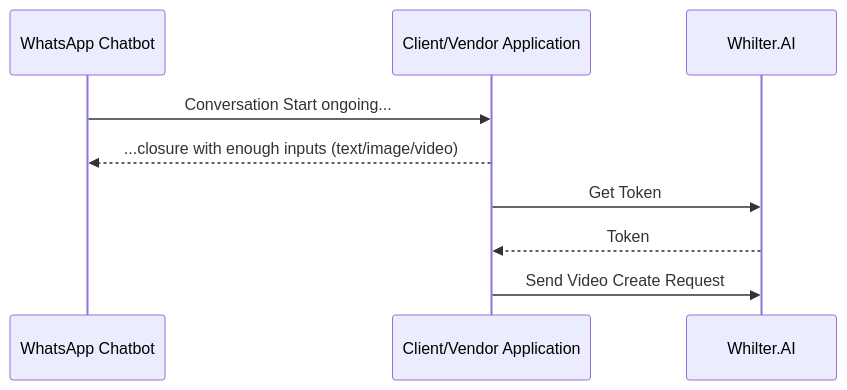
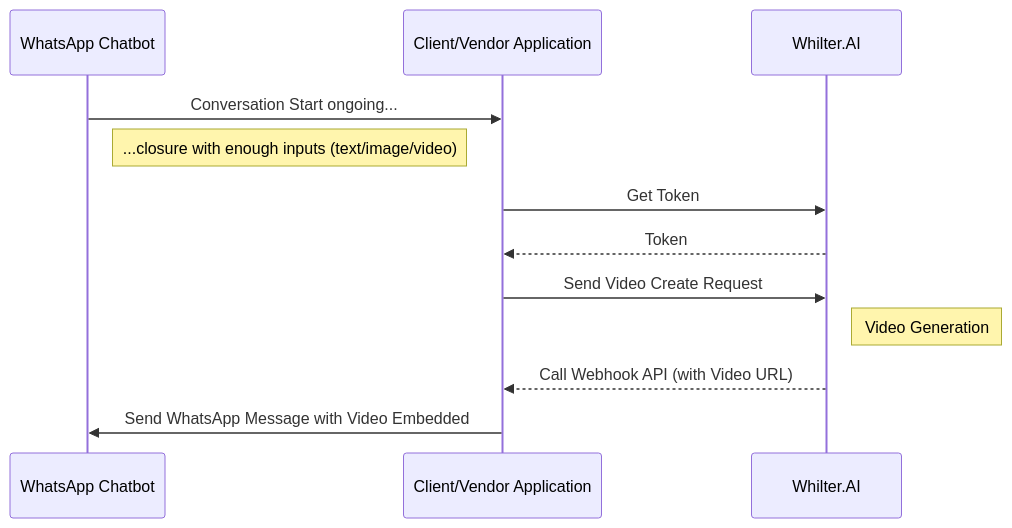
One commit to whilter-ai/charpai-documentation changed the diagram in realtime-media-api.mdx. Above: the diagram before and after it, drawn with Mermaid.

Commit message:
minor changes in mermaid diagram of realtime media

````diff
--- a/realtime-media-api.mdx
+++ b/realtime-media-api.mdx
@@ -14,15 +14,20 @@
 ```mermaid
 
 sequenceDiagram
     participant WhatsApp Chatbot
     participant Client/Vendor Application
     participant Whilter.AI
  
     WhatsApp Chatbot->>Client/Vendor Application: Conversation Start ongoing...
-    Client/Vendor Application-->>WhatsApp Chatbot: ...closure with enough inputs (text/image/video)
+    Note right of WhatsApp Chatbot: ...closure with enough inputs (text/image/video)
  
     Client/Vendor Application->>Whilter.AI: Get Token
     Whilter.AI-->>Client/Vendor Application: Token
  
     Client/Vendor Application->>Whilter.AI: Send Video Create Request
+    Note right of Whilter.AI: Video Generation
+ 
+    Whilter.AI-->>Client/Vendor Application: Call Webhook API (with Video URL)
+ 
+    Client/Vendor Application->>WhatsApp Chatbot: Send WhatsApp Message with Video Embedded
 ```
````
